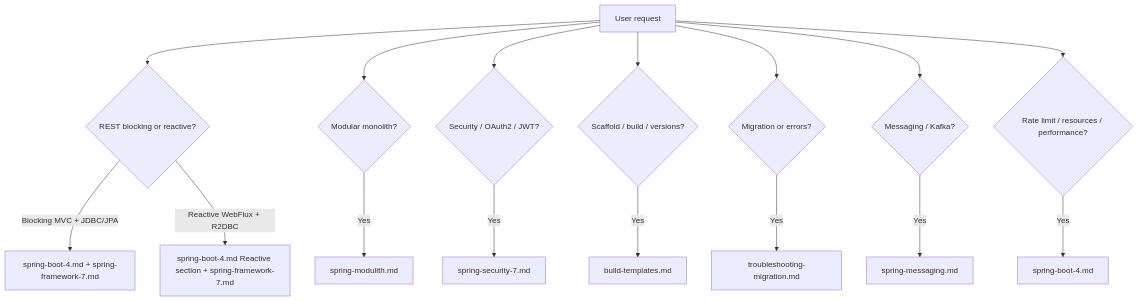
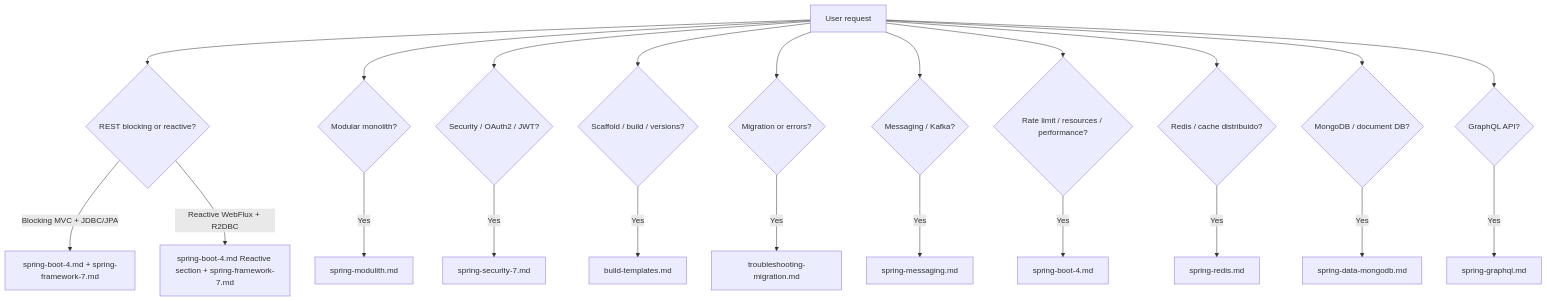
One commit to AyrtonAldayr/agent-skill-java-spring-framework changed the diagram in skills/java-spring-framework/SKILL.md. Above: the diagram before and after it, drawn with Mermaid. The commit also changed other lines of this file and 8 other files, not shown here.

Commit message:
chore: release v1.4.0 — Redis, MongoDB, GraphQL refs; OpenAPI, Scheduling, Bean Validation

````diff
--- a/skills/java-spring-framework/SKILL.md
+++ b/skills/java-spring-framework/SKILL.md
@@ -30,18 +30,24 @@
 ```mermaid
 flowchart TD
     A[User request] --> B{REST blocking or reactive?}
     B -->|Blocking MVC + JDBC/JPA| C[spring-boot-4.md + spring-framework-7.md]
     B -->|Reactive WebFlux + R2DBC| D[spring-boot-4.md Reactive section + spring-framework-7.md]
     A --> E{Modular monolith?}
     E -->|Yes| F[spring-modulith.md]
     A --> G{Security / OAuth2 / JWT?}
     G -->|Yes| H[spring-security-7.md]
     A --> I{Scaffold / build / versions?}
     I -->|Yes| J[build-templates.md]
     A --> K{Migration or errors?}
     K -->|Yes| L[troubleshooting-migration.md]
     A --> M{Messaging / Kafka?}
     M -->|Yes| N[spring-messaging.md]
     A --> O{Rate limit / resources / performance?}
     O -->|Yes| P[spring-boot-4.md]
+    A --> Q{Redis / cache distribuido?}
+    Q -->|Yes| R[spring-redis.md]
+    A --> S{MongoDB / document DB?}
+    S -->|Yes| T[spring-data-mongodb.md]
+    A --> U{GraphQL API?}
+    U -->|Yes| V[spring-graphql.md]
 ```
````
